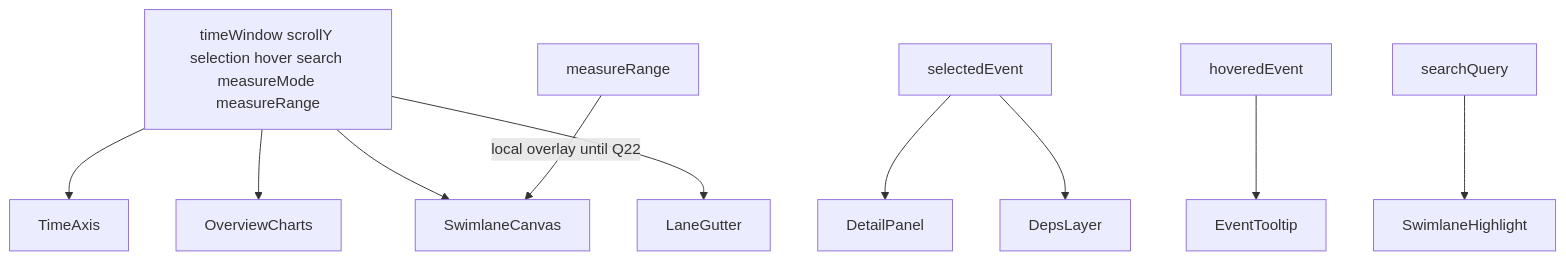
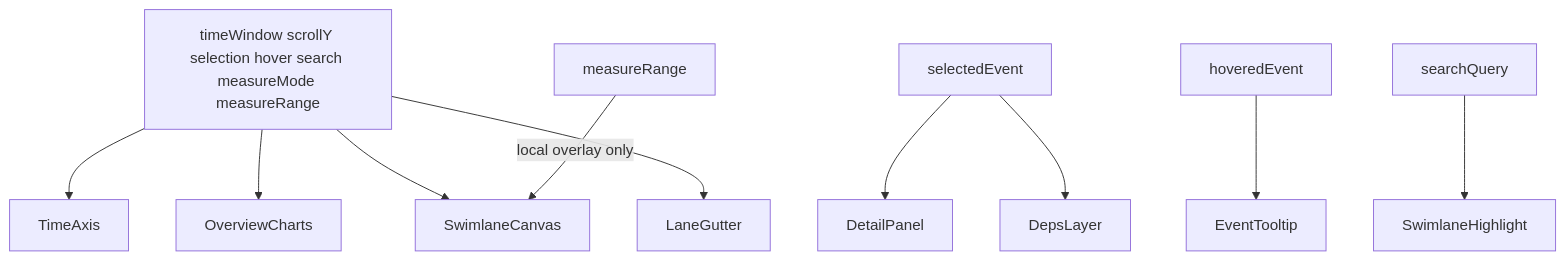
The diagram in docs/ui/UX_SPEC.md (IdeFrontend/profiling-report), drawn with Mermaid before and after one commit. The commit also changed other lines of this file and 56 other files, not shown here.

````diff
--- a/docs/ui/UX_SPEC.md
+++ b/docs/ui/UX_SPEC.md
@@ -212,13 +212,13 @@
 ```mermaid
 flowchart TB
   ViewState["timeWindow scrollY selection hover search measureMode measureRange"]
   ViewState --> TimeAxis
   ViewState --> OverviewCharts
   ViewState --> SwimlaneCanvas
   ViewState --> LaneGutter
   Selection["selectedEvent"] --> DetailPanel
   Selection --> DepsLayer
   Hover["hoveredEvent"] --> EventTooltip
   Search["searchQuery"] --> SwimlaneHighlight
-  Measure["measureRange"] -->|"local overlay until Q22"| SwimlaneCanvas
+  Measure["measureRange"] -->|"local overlay only"| SwimlaneCanvas
 ```
````
